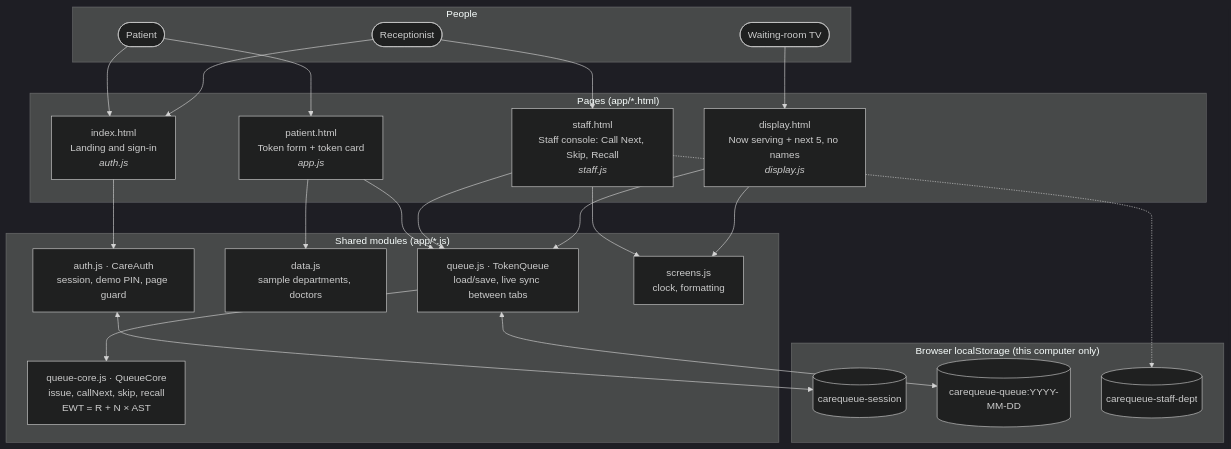
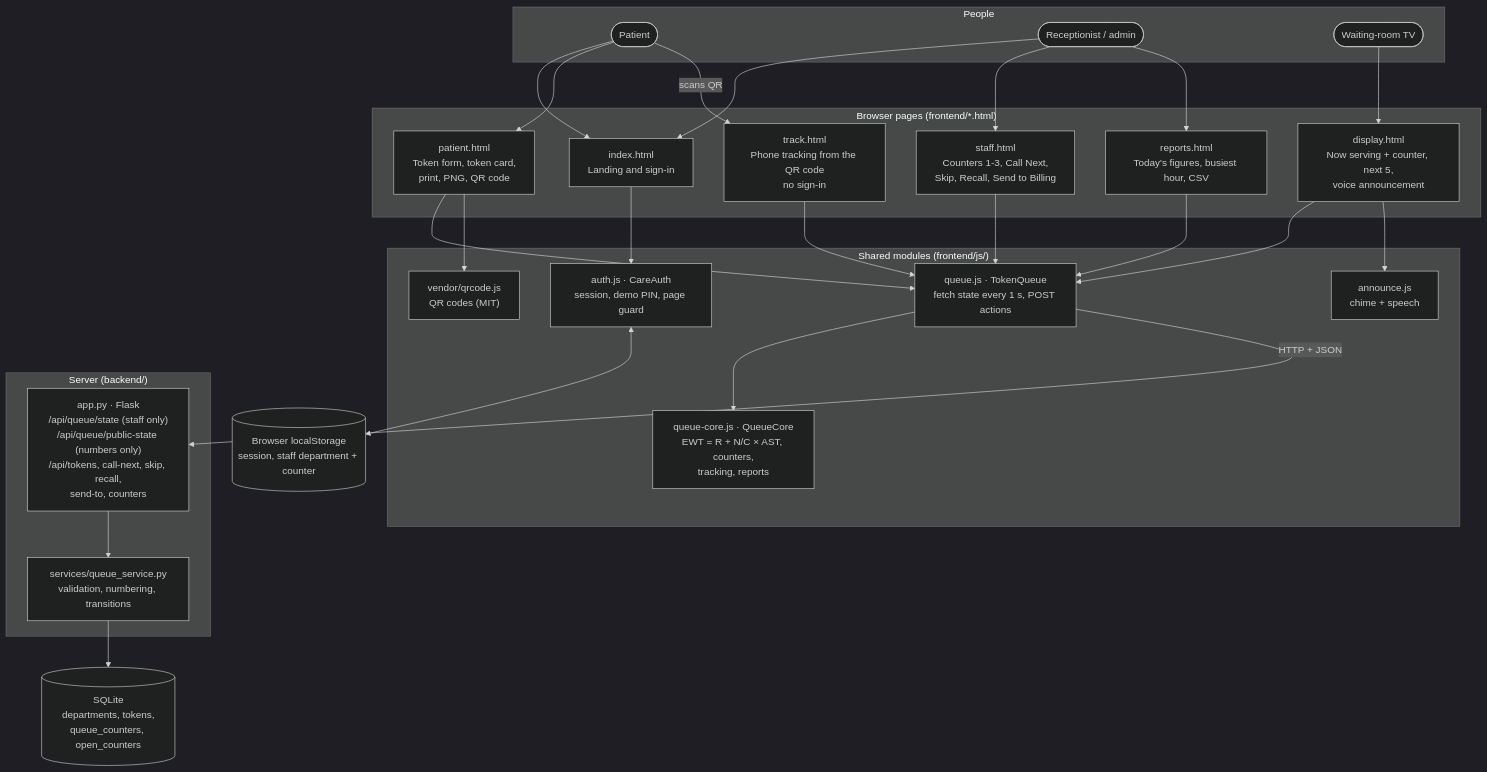
The first of 2 diagrams in docs/architecture/README.md (AshikAR-sys/CareQueue), drawn with Mermaid (dark theme) before and after one commit. The commit also changed other lines of this file and 7 other files, not shown here.

First line of the commit message:
Redraw the architecture diagram and ERD for Flask + SQLite

````diff
--- a/docs/architecture/README.md
+++ b/docs/architecture/README.md
@@ -18,46 +14,54 @@
 ```mermaid
 flowchart TB
   subgraph People
     P([Patient])
-    R([Receptionist])
+    R([Receptionist / admin])
     TV([Waiting-room TV])
   end
 
-  subgraph Pages["Pages (app/*.html)"]
-    IDX["index.html<br/>Landing and sign-in<br/><i>auth.js</i>"]
-    PAT["patient.html<br/>Token form + token card<br/><i>app.js</i>"]
-    STF["staff.html<br/>Staff console: Call Next, Skip, Recall<br/><i>staff.js</i>"]
-    DSP["display.html<br/>Now serving + next 5, no names<br/><i>display.js</i>"]
+  subgraph Pages["Browser pages (frontend/*.html)"]
+    IDX["index.html<br/>Landing and sign-in"]
+    PAT["patient.html<br/>Token form, token card,<br/>print, PNG, QR code"]
+    TRK["track.html<br/>Phone tracking from the QR code<br/>no sign-in"]
+    STF["staff.html<br/>Counters 1-3, Call Next,<br/>Skip, Recall, Send to Billing"]
+    REP["reports.html<br/>Today's figures, busiest hour, CSV"]
+    DSP["display.html<br/>Now serving + counter, next 5,<br/>voice announcement"]
   end
 
-  subgraph Modules["Shared modules (app/*.js)"]
+  subgraph Modules["Shared modules (frontend/js/)"]
+    Q["queue.js · TokenQueue<br/>fetch state every 1 s, POST actions"]
+    CORE["queue-core.js · QueueCore<br/>EWT = R + N/C × AST, counters,<br/>tracking, reports"]
     AUTH["auth.js · CareAuth<br/>session, demo PIN, page guard"]
-    DATA["data.js<br/>sample departments, doctors"]
-    Q["queue.js · TokenQueue<br/>load/save, live sync between tabs"]
-    CORE["queue-core.js · QueueCore<br/>issue, callNext, skip, recall<br/>EWT = R + N × AST"]
-    SCR["screens.js<br/>clock, formatting"]
+    ANN["announce.js<br/>chime + speech"]
+    QR["vendor/qrcode.js<br/>QR codes (MIT)"]
   end
 
-  subgraph Storage["Browser localStorage (this computer only)"]
-    KS[("carequeue-session")]
-    KQ[("carequeue-queue:YYYY-MM-DD")]
-    KD[("carequeue-staff-dept")]
+  subgraph Server["Server (backend/)"]
+    API["app.py · Flask<br/>/api/queue/state (staff only)<br/>/api/queue/public-state (numbers only)<br/>/api/tokens, call-next, skip, recall,<br/>send-to, counters"]
+    SVC["services/queue_service.py<br/>validation, numbering, transitions"]
   end
 
+  DB[("SQLite<br/>departments, tokens,<br/>queue_counters, open_counters")]
+  LS[("Browser localStorage<br/>session, staff department + counter")]
+
   P --> IDX
+  P --> PAT
+  P -- scans QR --> TRK
   R --> IDX
-  P --> PAT
   R --> STF
+  R --> REP
   TV --> DSP
+  PAT --> Q
+  TRK --> Q
+  STF --> Q
+  REP --> Q
+  DSP --> Q
+  DSP --> ANN
+  PAT --> QR
+  Q --> CORE
   IDX --> AUTH
-  PAT --> Q
-  STF --> Q
-  DSP --> Q
-  PAT --> DATA
-  STF --> SCR
-  DSP --> SCR
-  Q --> CORE
-  AUTH <--> KS
-  Q <--> KQ
-  STF -.-> KD
+  AUTH <--> LS
+  Q -- HTTP + JSON --> API
+  API --> SVC
+  SVC --> DB
 ```
````
